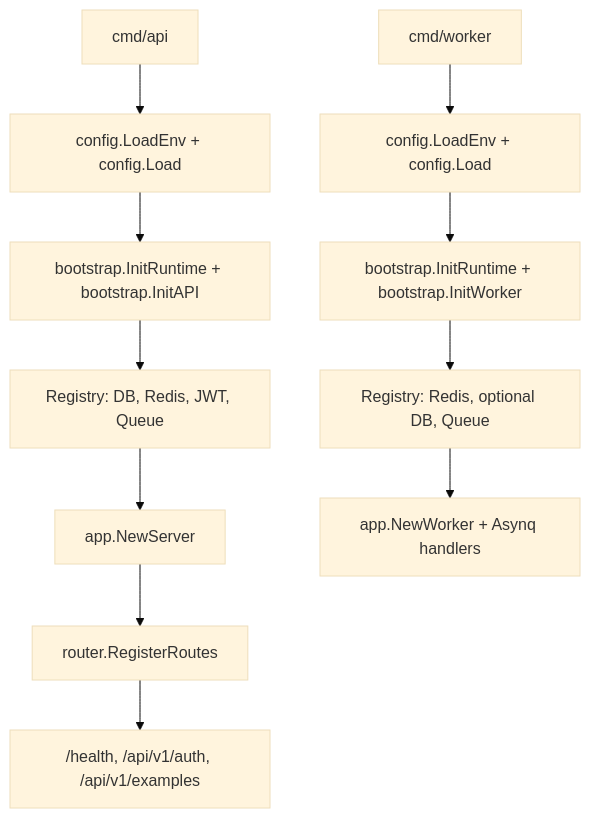
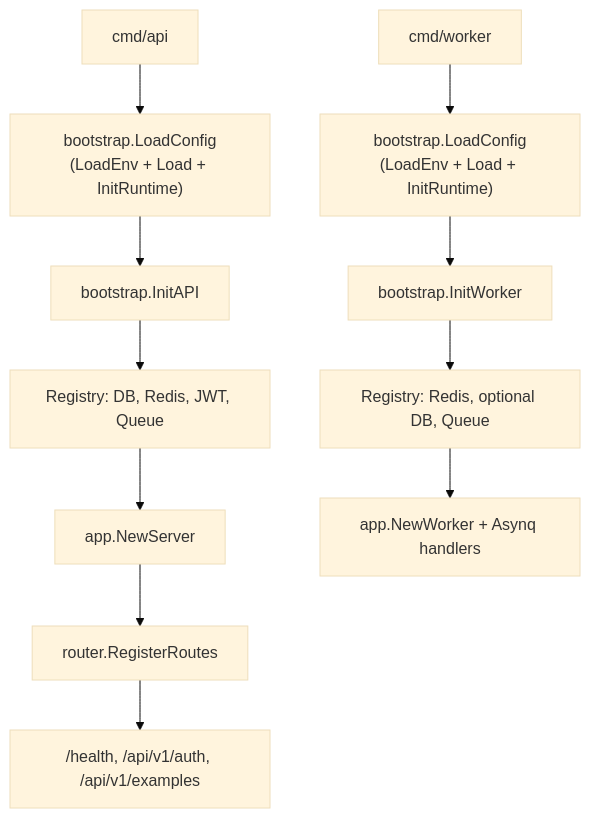
Before and after one commit to myxiaoao/go-skeleton: the diagram in README.md, drawn with Mermaid (base theme). The commit also changed 11 other files, not shown here.

````diff
--- a/README.md
+++ b/README.md
@@ -180,14 +180,14 @@
 ```mermaid
 flowchart TD
-    API["cmd/api"] --> CFG["config.LoadEnv + config.Load"]
-    CFG --> BOOT["bootstrap.InitRuntime + bootstrap.InitAPI"]
+    API["cmd/api"] --> CFG["bootstrap.LoadConfig<br/>(LoadEnv + Load + InitRuntime)"]
+    CFG --> BOOT["bootstrap.InitAPI"]
     BOOT --> REG["Registry: DB, Redis, JWT, Queue"]
     REG --> APP["app.NewServer"]
     APP --> ROUTER["router.RegisterRoutes"]
     ROUTER --> HTTP["/health, /api/v1/auth, /api/v1/examples"]
 
-    WORKER["cmd/worker"] --> WCFG["config.LoadEnv + config.Load"]
-    WCFG --> WBOOT["bootstrap.InitRuntime + bootstrap.InitWorker"]
+    WORKER["cmd/worker"] --> WCFG["bootstrap.LoadConfig<br/>(LoadEnv + Load + InitRuntime)"]
+    WCFG --> WBOOT["bootstrap.InitWorker"]
     WBOOT --> WREG["Registry: Redis, optional DB, Queue"]
     WREG --> ASYNQ["app.NewWorker + Asynq handlers"]
 ```
````
